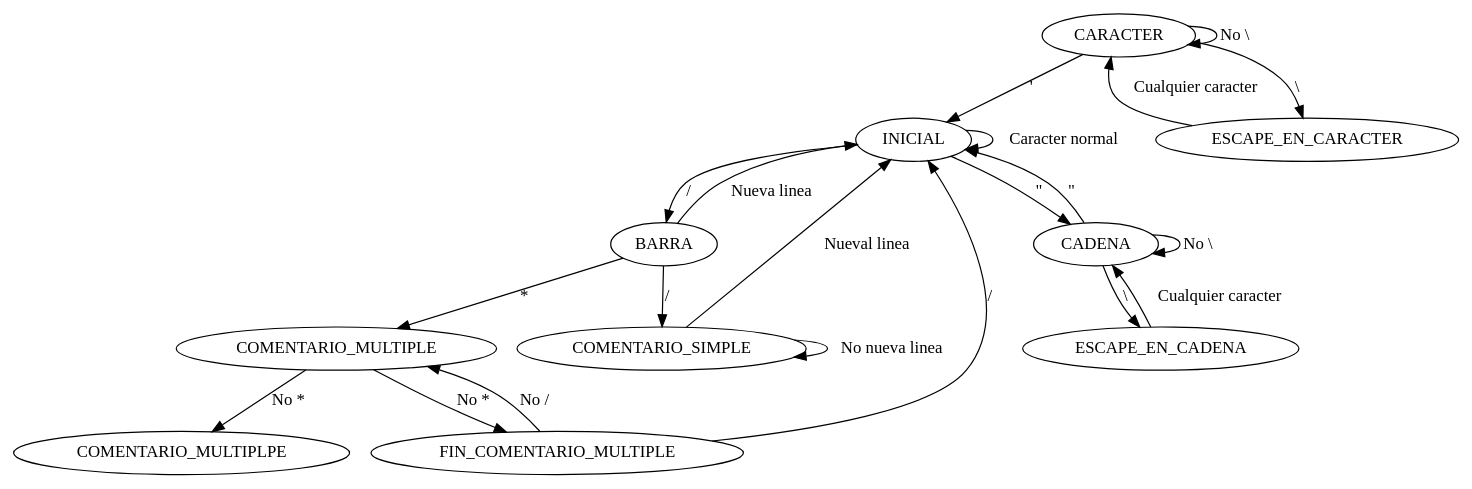
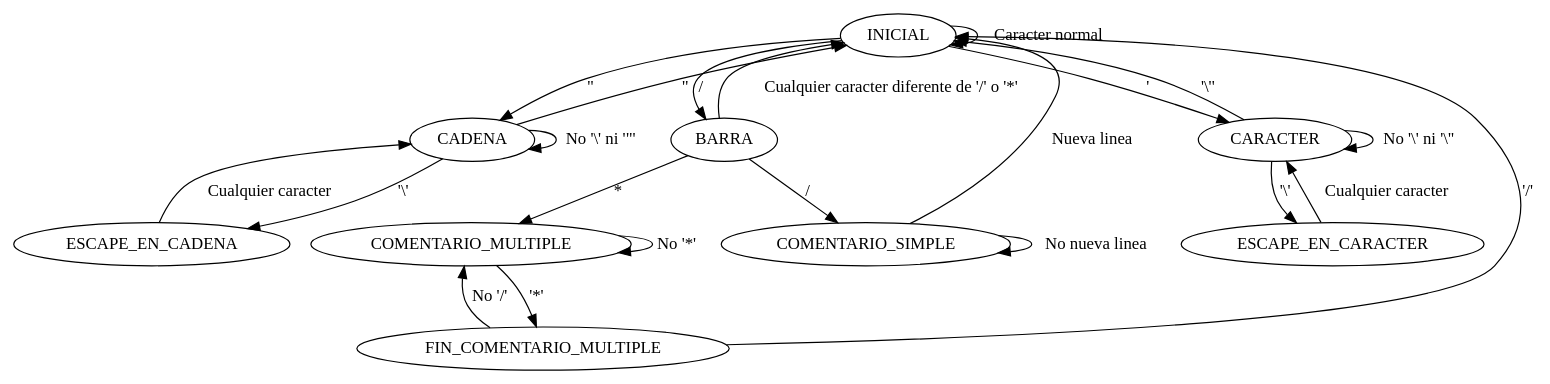
One commit to MaximoHidalgo/SSL changed the diagram in TP03-MaquinaDeEstados/RemoveComments.gv. Above: the diagram before and after it, drawn with Graphviz. The commit also changed 4 other files, not shown here.

```diff
--- a/TP03-MaquinaDeEstados/RemoveComments.gv
+++ b/TP03-MaquinaDeEstados/RemoveComments.gv
@@ -1,30 +1,31 @@
 digraph RemoveComments {
     "INICIAL" -> "INICIAL" [label = "Caracter normal"];
     "INICIAL" -> "BARRA" [label = "/"];
     "INICIAL" -> "CADENA" [label = "\""];
+    "INICIAL" -> "CARACTER" [label = "'"];
 
     "BARRA" -> "COMENTARIO_SIMPLE" [label = "/"];
     "BARRA" -> "COMENTARIO_MULTIPLE" [label = "*"];
-    "BARRA" -> "INICIAL" [label = "Nueva linea"];
+    "BARRA" -> "INICIAL" [label = "Cualquier caracter diferente de '/' o '*'"];
 
     "COMENTARIO_SIMPLE" -> "COMENTARIO_SIMPLE" [label = "No nueva linea"];
-    "COMENTARIO_SIMPLE" -> "INICIAL" [label = "Nueval linea"];
+    "COMENTARIO_SIMPLE" -> "INICIAL" [label = "Nueva linea"];
 
-    "COMENTARIO_MULTIPLE" -> "COMENTARIO_MULTIPLPE" [label = "No *"];
-    "COMENTARIO_MULTIPLE" -> "FIN_COMENTARIO_MULTIPLE" [label = "No *"];
+    "COMENTARIO_MULTIPLE" -> "COMENTARIO_MULTIPLE" [label = "No '*'"];
+    "COMENTARIO_MULTIPLE" -> "FIN_COMENTARIO_MULTIPLE" [label = "'*'"];
 
-    "FIN_COMENTARIO_MULTIPLE" -> "COMENTARIO_MULTIPLE" [label = "No /"];
-    "FIN_COMENTARIO_MULTIPLE" -> "INICIAL" [label = "/"];
+    "FIN_COMENTARIO_MULTIPLE" -> "COMENTARIO_MULTIPLE" [label = "No '/'"];
+    "FIN_COMENTARIO_MULTIPLE" -> "INICIAL" [label = "'/'"];
 
-    "CADENA" -> "CADENA" [label = "No \\"];
-    "CADENA" -> "ESCAPE_EN_CADENA" [label = "\\"];
+    "CADENA" -> "CADENA" [label = "No '\\' ni '\"'"];
+    "CADENA" -> "ESCAPE_EN_CADENA" [label = "'\\'"];
     "CADENA" -> "INICIAL" [label = "\""];
 
     "ESCAPE_EN_CADENA" -> "CADENA" [label = "Cualquier caracter"];
 
-    "CARACTER" -> "CARACTER" [label = "No \\"];
-    "CARACTER" -> "ESCAPE_EN_CARACTER" [label = "\\"];
-    "CARACTER" -> "INICIAL" [label = "'"];
+    "CARACTER" -> "CARACTER" [label = "No '\\' ni '\\''"];
+    "CARACTER" -> "ESCAPE_EN_CARACTER" [label = "'\\'"];
+    "CARACTER" -> "INICIAL" [label = "'\\''"];
 
-    "ESCAPE_EN_CARACTER" -> "CARACTER" [label = "Cualquier caracter"];    
+    "ESCAPE_EN_CARACTER" -> "CARACTER" [label = "Cualquier caracter"];
 }
```
